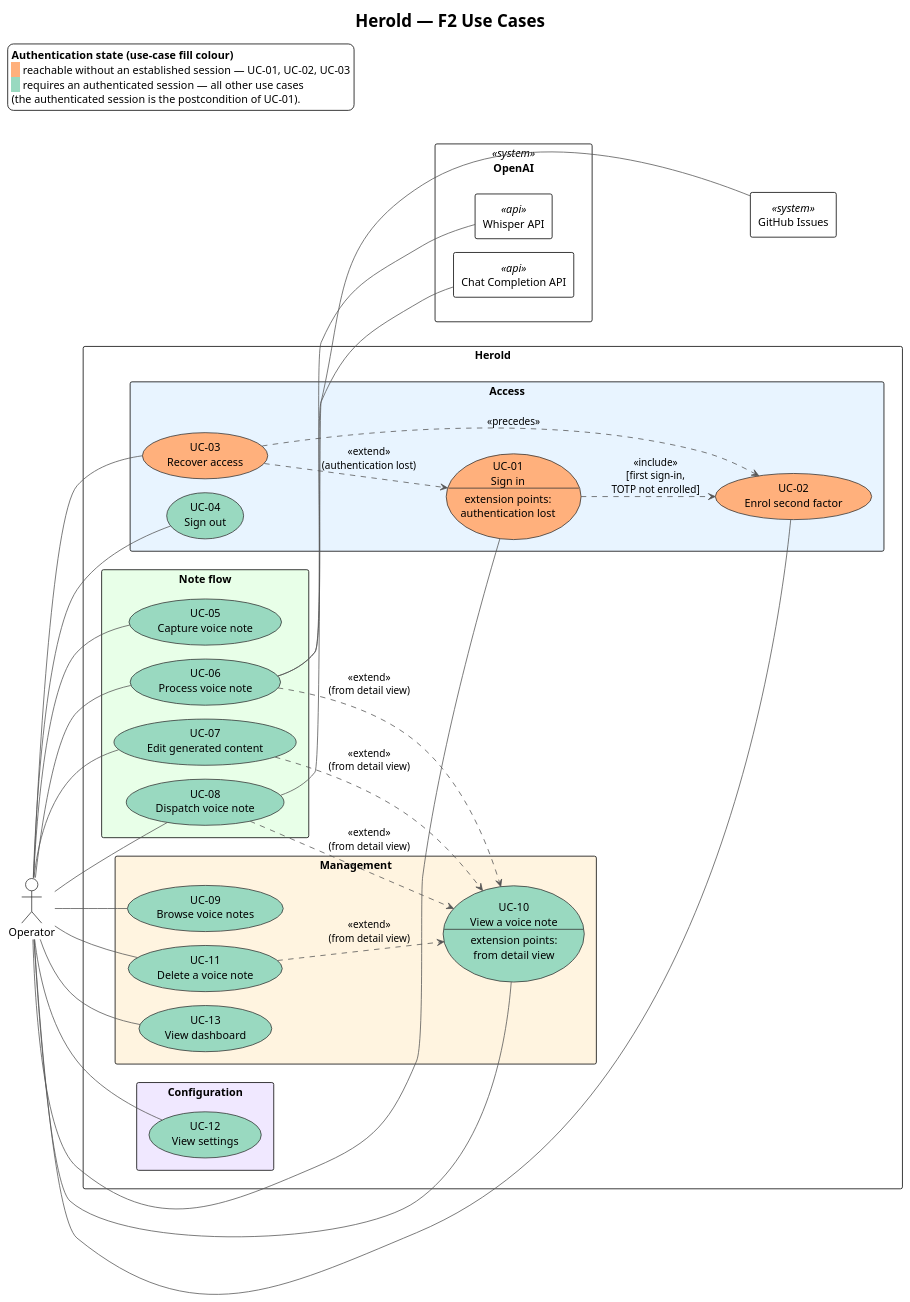
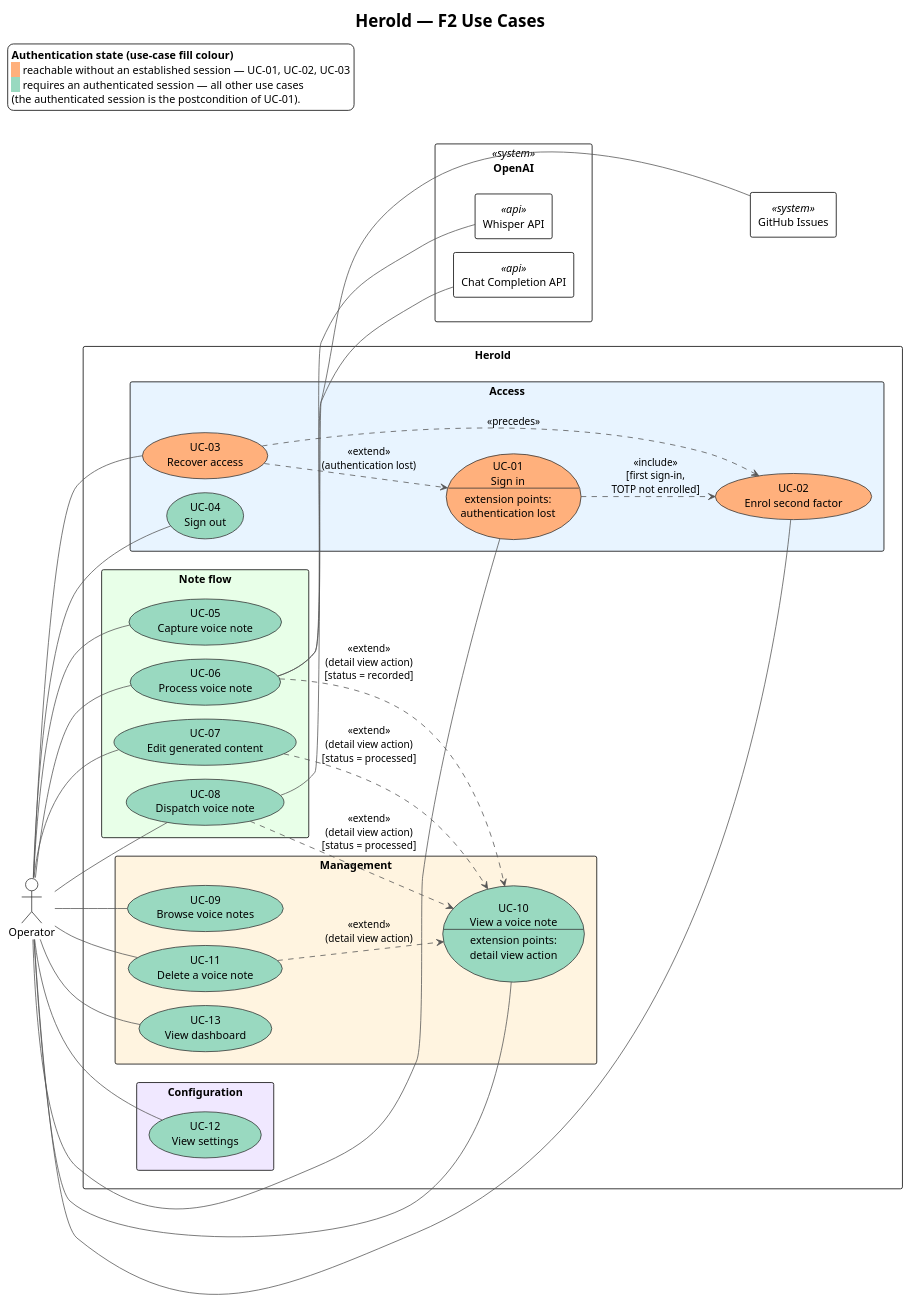
Before and after one commit to carstenlucke/herold: the diagram in docs/spec/diagrams/f2-use-cases.plantuml, drawn with PlantUML. The commit also changed 2 other files, not shown here.

Commit message:
docs(spec): rename UC-10 extension point and add status guards in F2 diagram
The four <<extend>> edges from UC-06/UC-07/UC-08/UC-11 to UC-10 keep
their direction (UC-10 is complete in itself; the note-flow actions are
optional, condition-guarded extensions from its detail view) but the
extension point at UC-10 is renamed from `from detail view` to
`detail view action` so it names a step in UC-10's flow rather than
paraphrasing the edge meaning. Per-edge status guards are added as
UML extension conditions: `[status = recorded]` for UC-06,
`[status = processed]` for UC-07/UC-08; UC-11 carries no guard since
it is reachable in any status. The accompanying F2 prose is rewritten
to explain why <<extend>> (not <<include>>) is the correct stereotype
here, given UC-10's "no state change" postcondition.

Closes #29.

```diff
--- a/docs/spec/diagrams/f2-use-cases.plantuml
+++ b/docs/spec/diagrams/f2-use-cases.plantuml
@@ -1,117 +1,119 @@
 @startuml f2-use-cases
 !theme plain
 left to right direction
 skinparam packageStyle rectangle
 skinparam shadowing false
 skinparam ArrowColor #555555
 skinparam UsecaseBorderColor #333333
 skinparam UsecaseBackgroundColor #F5F5F5
 skinparam ActorBorderColor #333333
 skinparam nodesep 18
 skinparam ranksep 40
 
 title Herold — F2 Use Cases
 
 ' Primary actor on the left.
 actor "Operator" as OP
 
 rectangle "Herold" as HEROLD {
 
   ' Per-use-case fill colour encodes the authentication state:
   '   #FFB07C — reachable without an established session (UC-01..UC-03)
   '   #99D9C0 — requires an authenticated session (UC-04..UC-13)
   ' Package backgrounds keep encoding the F2 grouping.
 
   package "Access" as ACCESS #E8F4FF {
     usecase "UC-01\nSign in\n--\nextension points:\nauthentication lost" as UC01 #FFB07C
     usecase "UC-02\nEnrol second factor"                                    as UC02 #FFB07C
     usecase "UC-03\nRecover access"                                         as UC03 #FFB07C
     usecase "UC-04\nSign out"                                               as UC04 #99D9C0
   }
 
   package "Note flow" as NOTEFLOW #E8FFE8 {
     usecase "UC-05\nCapture voice note"        as UC05 #99D9C0
     usecase "UC-06\nProcess voice note"        as UC06 #99D9C0
     usecase "UC-07\nEdit generated content"    as UC07 #99D9C0
     usecase "UC-08\nDispatch voice note"       as UC08 #99D9C0
   }
 
   package "Management" as MGMT #FFF4E0 {
     usecase "UC-09\nBrowse voice notes"                                            as UC09 #99D9C0
-    usecase "UC-10\nView a voice note\n--\nextension points:\nfrom detail view"    as UC10 #99D9C0
+    usecase "UC-10\nView a voice note\n--\nextension points:\ndetail view action" as UC10 #99D9C0
     usecase "UC-11\nDelete a voice note"                                           as UC11 #99D9C0
     usecase "UC-13\nView dashboard"                                                as UC13 #99D9C0
   }
 
   package "Configuration" as CONFIG #F0E8FF {
     usecase "UC-12\nView settings" as UC12 #99D9C0
   }
 }
 
 ' Supporting external systems on the right, grouped near the use cases
 ' they back. Modelled as «system» nodes (not actors) — they are
 ' non-human participants Herold delegates to. OpenAI is one system
 ' exposing two API endpoints used by Herold.
 rectangle "OpenAI" <<system>> as OPENAI {
   rectangle "Whisper API"         <<api>> as WHISPER
   rectangle "Chat Completion API" <<api>> as CHAT
 }
 rectangle "GitHub Issues" <<system>> as GH
 
 ' Primary actor — one association per use case.
 OP -- UC01
 OP -- UC02
 OP -- UC03
 OP -- UC04
 OP -- UC05
 OP -- UC06
 OP -- UC07
 OP -- UC08
 OP -- UC09
 OP -- UC10
 OP -- UC11
 OP -- UC12
 OP -- UC13
 
 ' Supporting external systems.
 UC06 -- WHISPER
 UC06 -- CHAT
 UC08 -- GH
 
 ' Use-case relationships extracted from F2.
-' UC-10 is the typical entry point for these (UC-10 postcondition);
-' UC-07 step 1 explicitly opens the detail view, the others enter from it.
-UC06 ..> UC10 : <<extend>>\n(from detail view)
-UC07 ..> UC10 : <<extend>>\n(from detail view)
-UC08 ..> UC10 : <<extend>>\n(from detail view)
-UC11 ..> UC10 : <<extend>>\n(from detail view)
+' UC-10 is the detail-view hub; from its `detail view action` extension
+' point the operator may optionally trigger one of the note-flow actions.
+' Each extension is guarded by the note status it requires (UC-11 is
+' reachable in any status, so it carries no guard).
+UC06 ..> UC10 : <<extend>>\n(detail view action)\n[status = recorded]
+UC07 ..> UC10 : <<extend>>\n(detail view action)\n[status = processed]
+UC08 ..> UC10 : <<extend>>\n(detail view action)\n[status = processed]
+UC11 ..> UC10 : <<extend>>\n(detail view action)
 
 ' Recovery is the pivot when UC-01 cannot succeed (UC-01 exception).
 UC03 ..> UC01 : <<extend>>\n(authentication lost)
 
 ' Enrolment runs inline inside UC-01 on the first sign-in (UC-01 main
 ' scenario step 4) and is required again after a recovery (UC-03
 ' postcondition).
 UC01 ..> UC02 : <<include>>\n[first sign-in,\nTOTP not enrolled]
 UC03 ..> UC02 : <<precedes>>
 
 ' Layout hint: stack OpenAI above GitHub Issues so the two external
 ' systems form a single column on the right edge of the diagram.
 ' Everything else is left to Graphviz — the section ordering inside
 ' Herold falls out naturally from the include/extend edges into UC-10.
 OPENAI -[hidden]down- GH
 
 ' System-wide precondition (cheaper than drawing 9 <<precedes>> edges
 ' from UC-01 into the Note flow, Management and Configuration sections).
 ' Rendered as a positioned legend so it lands in the empty top-left
 ' corner of the canvas, next to the OpenAI/GitHub Issues column, rather
 ' than as a `note ... of HEROLD` whose connector line would wrap around
 ' the diagram.
 legend top left
   **Authentication state (use-case fill colour)**
   <back:#FFB07C>   </back> reachable without an established session — UC-01, UC-02, UC-03
   <back:#99D9C0>   </back> requires an authenticated session — all other use cases
   (the authenticated session is the postcondition of UC-01).
 end legend
 
 @enduml
```
